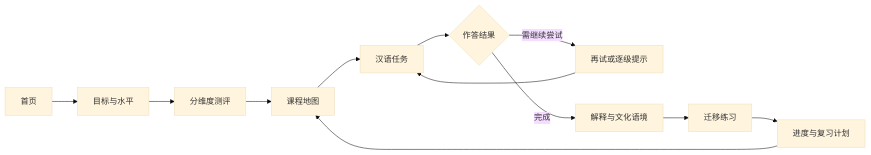
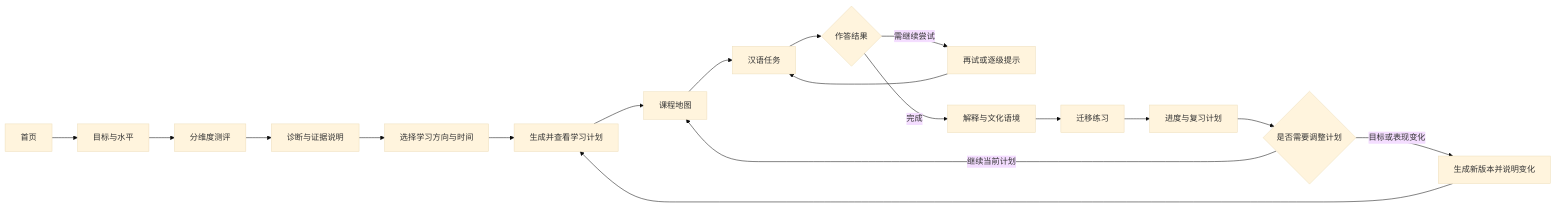
The diagram in docs/software/product-design.md (tianyew/OwlOwlGo-ECNU), drawn with Mermaid (base theme) before and after one commit. The commit also changed other lines of this file and 5 other files, not shown here.

````diff
--- a/docs/software/product-design.md
+++ b/docs/software/product-design.md
@@ -23,14 +28,20 @@
 ```mermaid
 flowchart LR
   A[首页] --> B[目标与水平]
   B --> C[分维度测评]
-  C --> D[课程地图]
+  C --> CR[诊断与证据说明]
+  CR --> T[选择学习方向与时间]
+  T --> P[生成并查看学习计划]
+  P --> D[课程地图]
   D --> E[汉语任务]
   E --> F{作答结果}
   F -->|需继续尝试| G[再试或逐级提示]
   G --> E
   F -->|完成| H[解释与文化语境]
   H --> I[迁移练习]
   I --> J[进度与复习计划]
-  J --> D
+  J --> K{是否需要调整计划}
+  K -->|继续当前计划| D
+  K -->|目标或表现变化| V[生成新版本并说明变化]
+  V --> P
 ```
````
